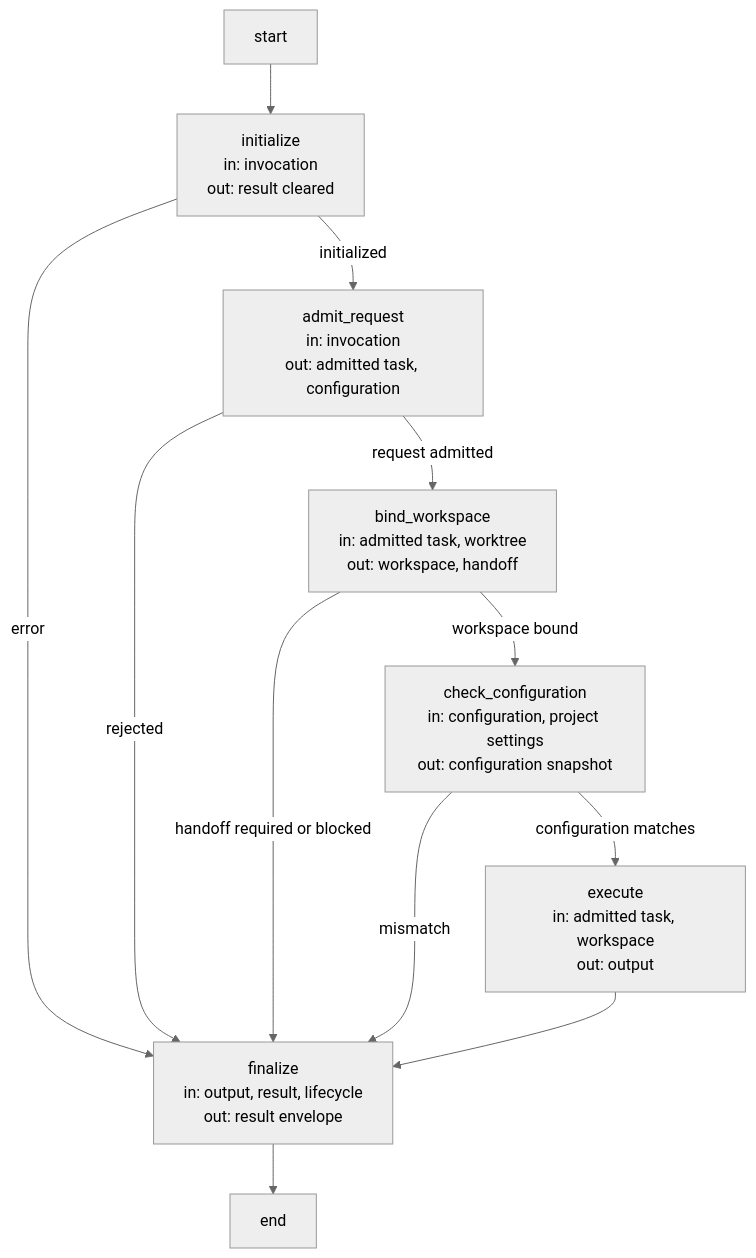
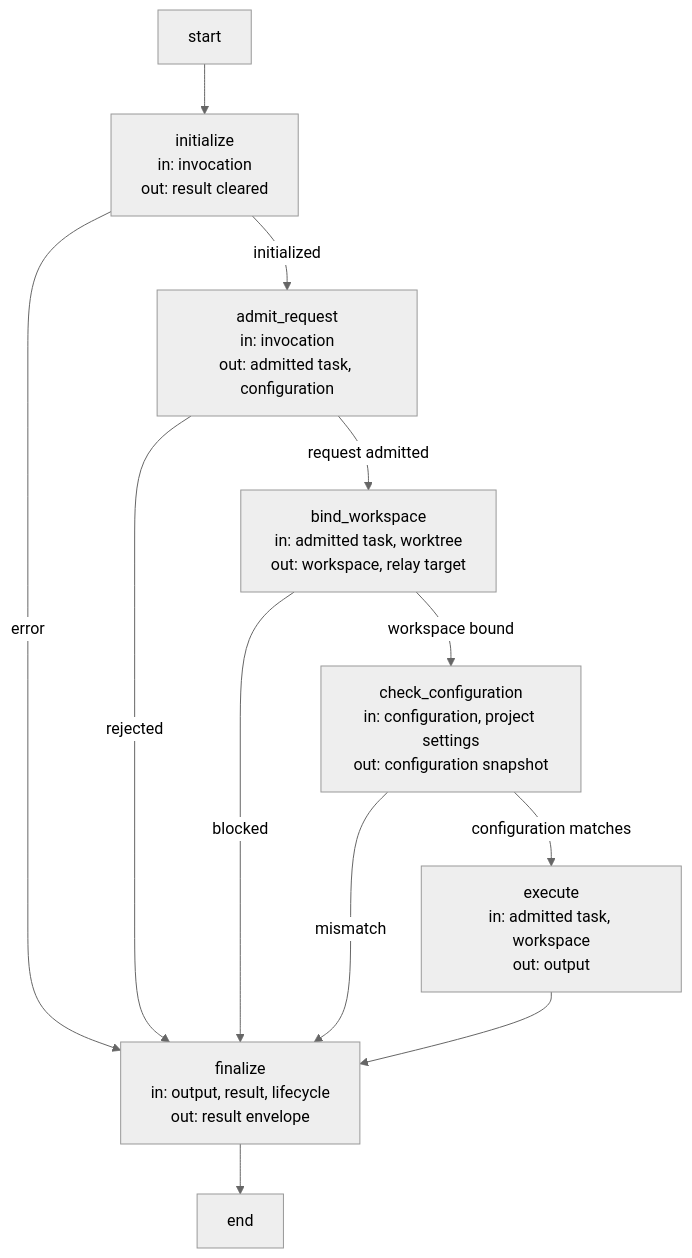
One commit to FTOD/concorde changed the first of 6 diagrams in specs/concorde/development/execution-reference.md. Above: the diagram before and after it, drawn with Mermaid (neutral theme). The commit also changed other lines of this file and 66 other files, not shown here.

````diff
--- a/specs/concorde/development/execution-reference.md
+++ b/specs/concorde/development/execution-reference.md
@@ -186,25 +186,25 @@
 ```mermaid
 flowchart TB
     %% graph: operation_graph
     accTitle: Operation admission Graph
     accDescr: Every invocation is initialized, admitted, bound to a workspace and checked against the initialized configuration before the dispatch subgraph executes; any error routes to finalize, which always writes the typed result envelope.
     __start__["start"]
     initialize["initialize<br/>in: invocation<br/>out: result cleared"]
     admit_request["admit_request<br/>in: invocation<br/>out: admitted task, configuration"]
-    bind_workspace["bind_workspace<br/>in: admitted task, worktree<br/>out: workspace, handoff"]
+    bind_workspace["bind_workspace<br/>in: admitted task, worktree<br/>out: workspace, relay target"]
     check_configuration["check_configuration<br/>in: configuration, project settings<br/>out: configuration snapshot"]
     execute["execute<br/>in: admitted task, workspace<br/>out: output"]
     finalize["finalize<br/>in: output, result, lifecycle<br/>out: result envelope"]
     __end__["end"]
     __start__ --> initialize
     initialize -->|initialized| admit_request
     initialize -->|error| finalize
     admit_request -->|request admitted| bind_workspace
     admit_request -->|rejected| finalize
     bind_workspace -->|workspace bound| check_configuration
-    bind_workspace -->|handoff required or blocked| finalize
+    bind_workspace -->|blocked| finalize
     check_configuration -->|configuration matches| execute
     check_configuration -->|mismatch| finalize
     execute --> finalize
     finalize --> __end__
 ```
````
